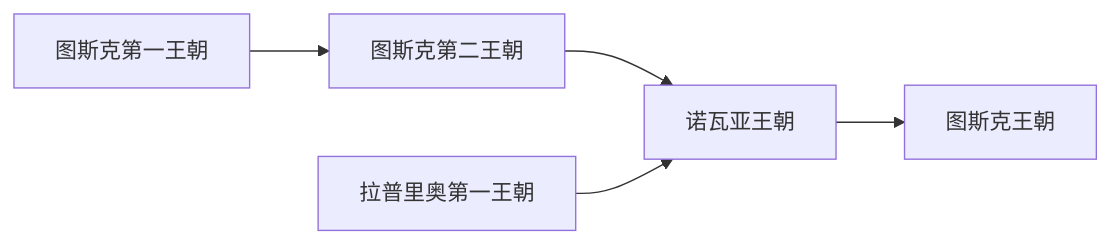
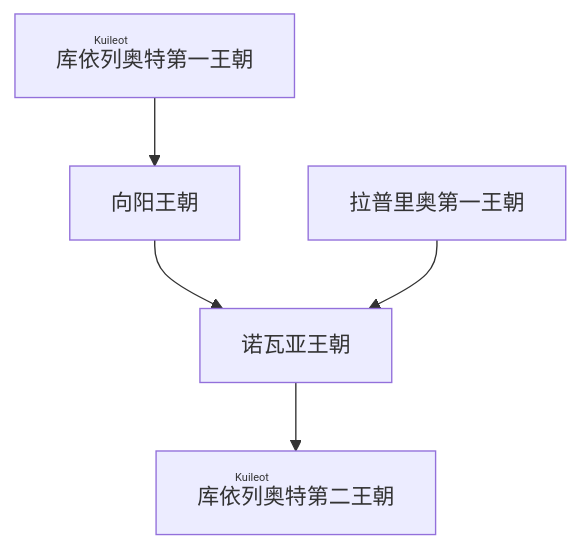
The diagram in docs/拉埃拉德/图斯克/图斯克.md (PhychiasLokDansk/Laaerad), drawn with Mermaid before and after one commit. The commit also changed 5 other files, not shown here.

````diff
--- a/docs/拉埃拉德/图斯克/图斯克.md
+++ b/docs/拉埃拉德/图斯克/图斯克.md
@@ -37,5 +37,5 @@
 ```mermaid 
-graph LR
-A[图斯克第一王朝] --> B[图斯克第二王朝] --> C[诺瓦亚王朝] --> D[图斯克王朝]
+graph TD
+A[<ruby>库依列奥特<rt>Kuileot</rt></ruby>第一王朝] --> B[向阳王朝] --> C[诺瓦亚王朝] --> D[<ruby>库依列奥特<rt>Kuileot</rt></ruby>第二王朝]
 E[拉普里奥第一王朝] --> C
 ```
````
